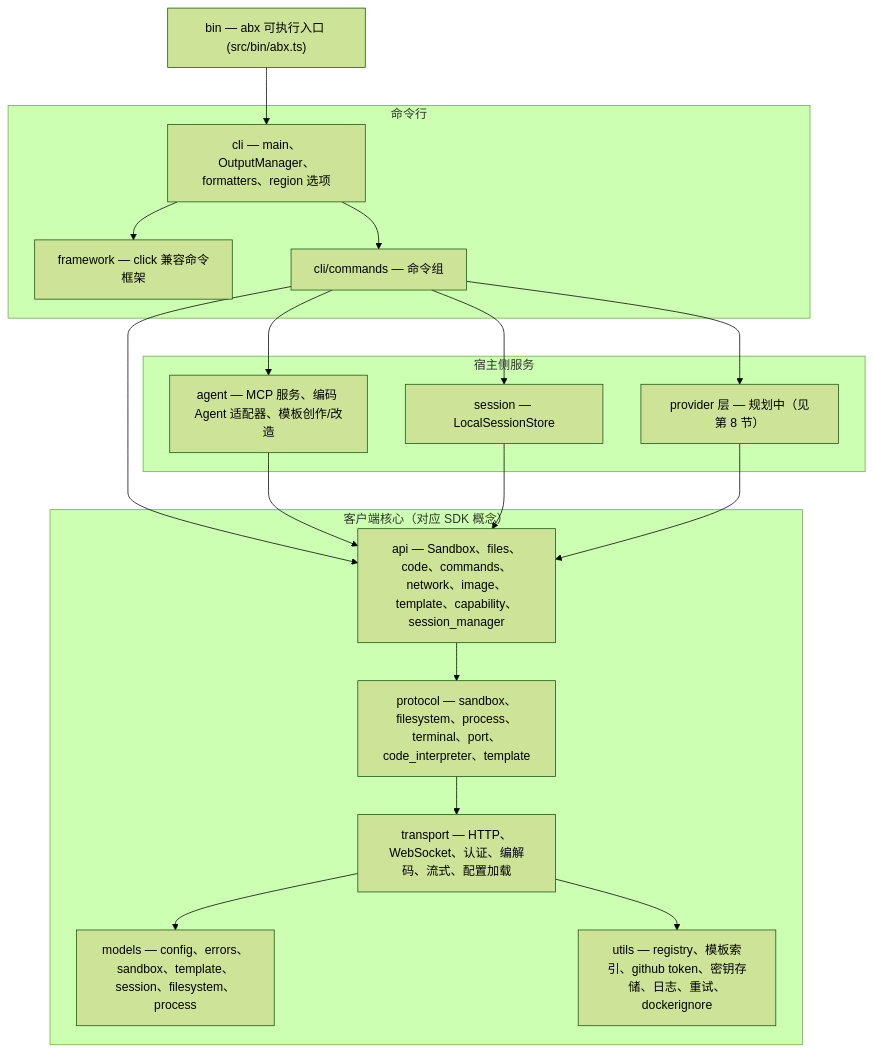
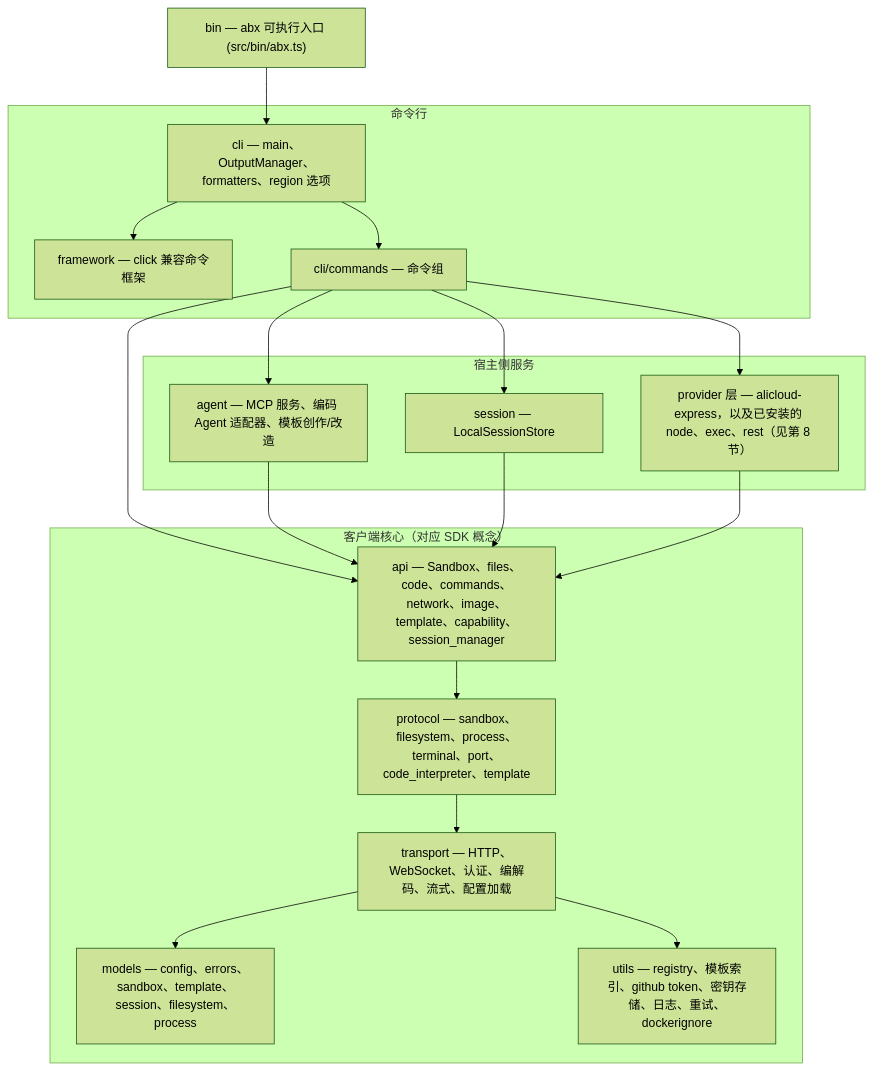
One commit to Alibaba-Agent-Sandbox/agent-sandbox changed the diagram in docs/zh/design/architecture.md. Above: the diagram before and after it, drawn with Mermaid (forest theme). The commit also changed other lines of this file and 111 other files, not shown here.

````diff
--- a/docs/zh/design/architecture.md
+++ b/docs/zh/design/architecture.md
@@ -15,35 +15,35 @@
 ```mermaid
 graph TB
     BIN["bin — abx 可执行入口 (src/bin/abx.ts)"]
     subgraph Front["命令行"]
         FW["framework — click 兼容命令框架"]
         CLI["cli — main、OutputManager、formatters、region 选项"]
         CMD["cli/commands — 命令组"]
     end
     subgraph Services["宿主侧服务"]
         AG["agent — MCP 服务、编码 Agent 适配器、模板创作/改造"]
-        PRV["provider 层 — 规划中（见第 8 节）"]
+        PRV["provider 层 — alicloud-express，以及已安装的 node、exec、rest（见第 8 节）"]
         SES["session — LocalSessionStore"]
     end
     subgraph Core["客户端核心（对应 SDK 概念）"]
         API["api — Sandbox、files、code、commands、network、image、template、capability、session_manager"]
         PRO["protocol — sandbox、filesystem、process、terminal、port、code_interpreter、template"]
         TRA["transport — HTTP、WebSocket、认证、编解码、流式、配置加载"]
         MOD["models — config、errors、sandbox、template、session、filesystem、process"]
         UTL["utils — registry、模板索引、github token、密钥存储、日志、重试、dockerignore"]
     end
 
     BIN --> CLI
     CLI --> FW
     CLI --> CMD
     CMD --> AG
     CMD --> SES
     CMD --> API
     CMD --> PRV
     AG --> API
     SES --> API
     PRV --> API
     API --> PRO --> TRA
     TRA --> MOD
     TRA --> UTL
 ```
````
